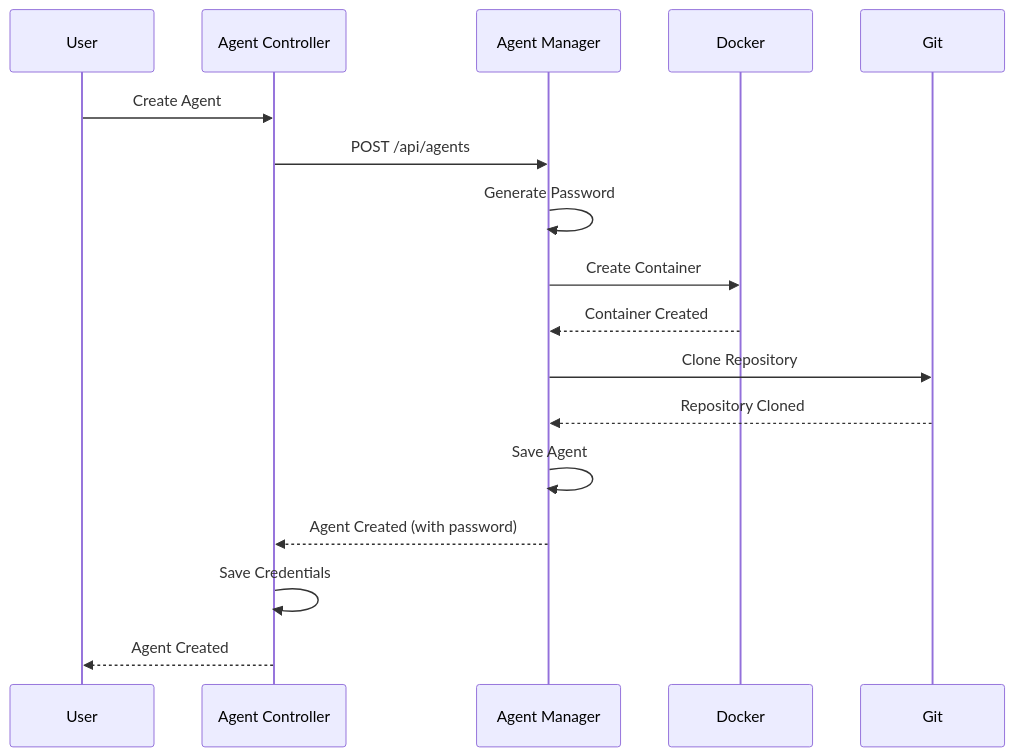
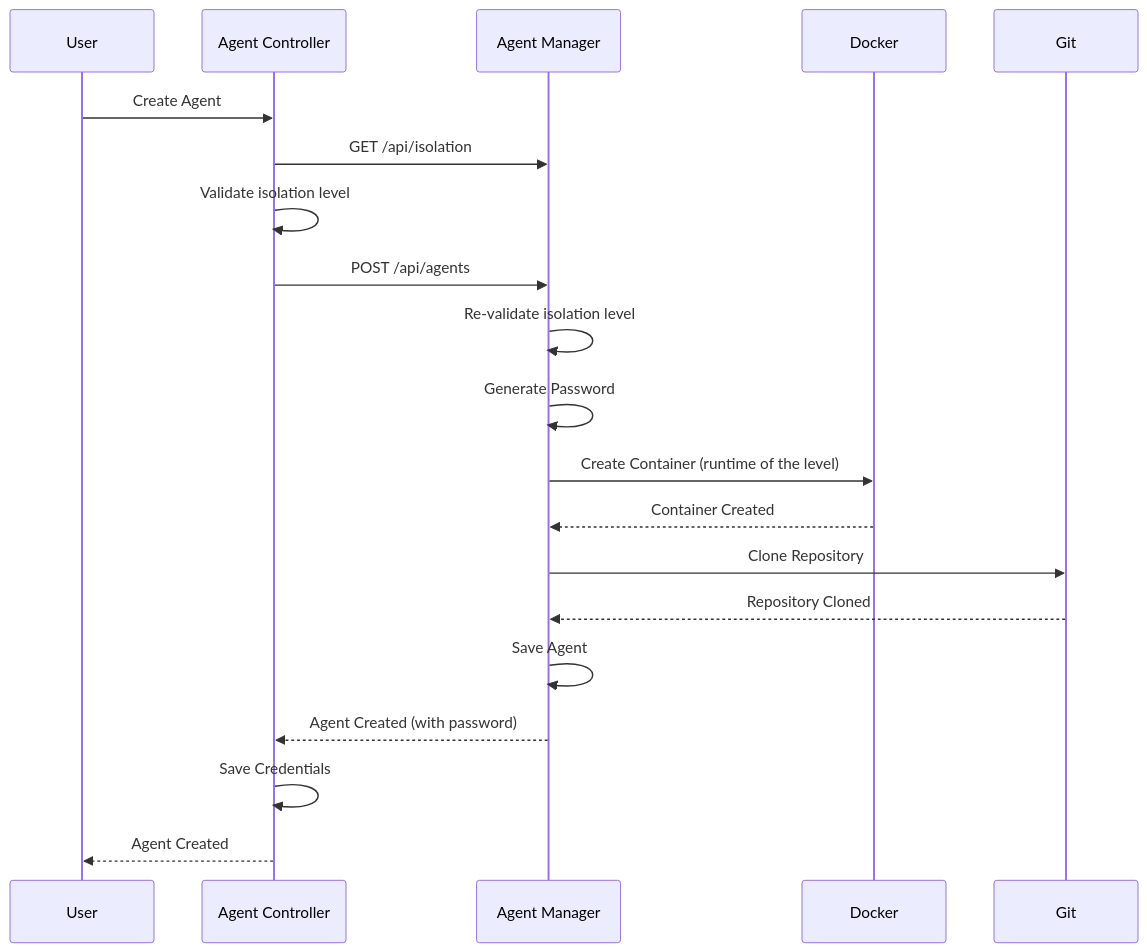
The diagram in docs/agenstra/features/agent-management.md (forepath/one), drawn with Mermaid before and after one commit. The commit also changed other lines of this file and 110 other files, not shown here.

````diff
--- a/docs/agenstra/features/agent-management.md
+++ b/docs/agenstra/features/agent-management.md
@@ -42,20 +44,23 @@
 ```mermaid
 sequenceDiagram
     participant U as User
     participant AC as Agent Controller
     participant AM as Agent Manager
     participant D as Docker
     participant G as Git
 
     U->>AC: Create Agent
+    AC->>AM: GET /api/isolation
+    AC->>AC: Validate isolation level
     AC->>AM: POST /api/agents
+    AM->>AM: Re-validate isolation level
     AM->>AM: Generate Password
-    AM->>D: Create Container
+    AM->>D: Create Container (runtime of the level)
     D-->>AM: Container Created
     AM->>G: Clone Repository
     G-->>AM: Repository Cloned
     AM->>AM: Save Agent
     AM-->>AC: Agent Created (with password)
     AC->>AC: Save Credentials
     AC-->>U: Agent Created
 ```
````
